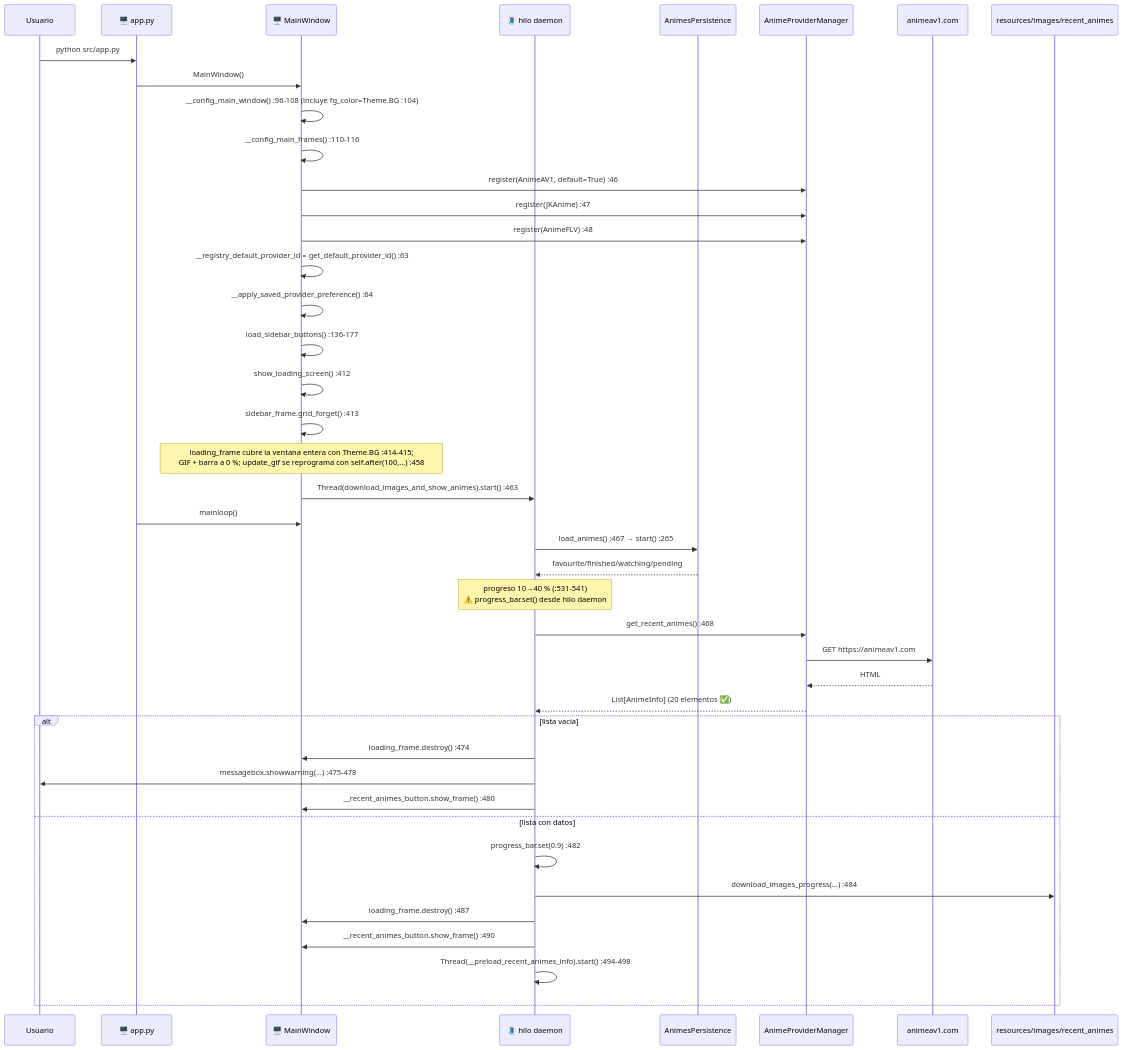
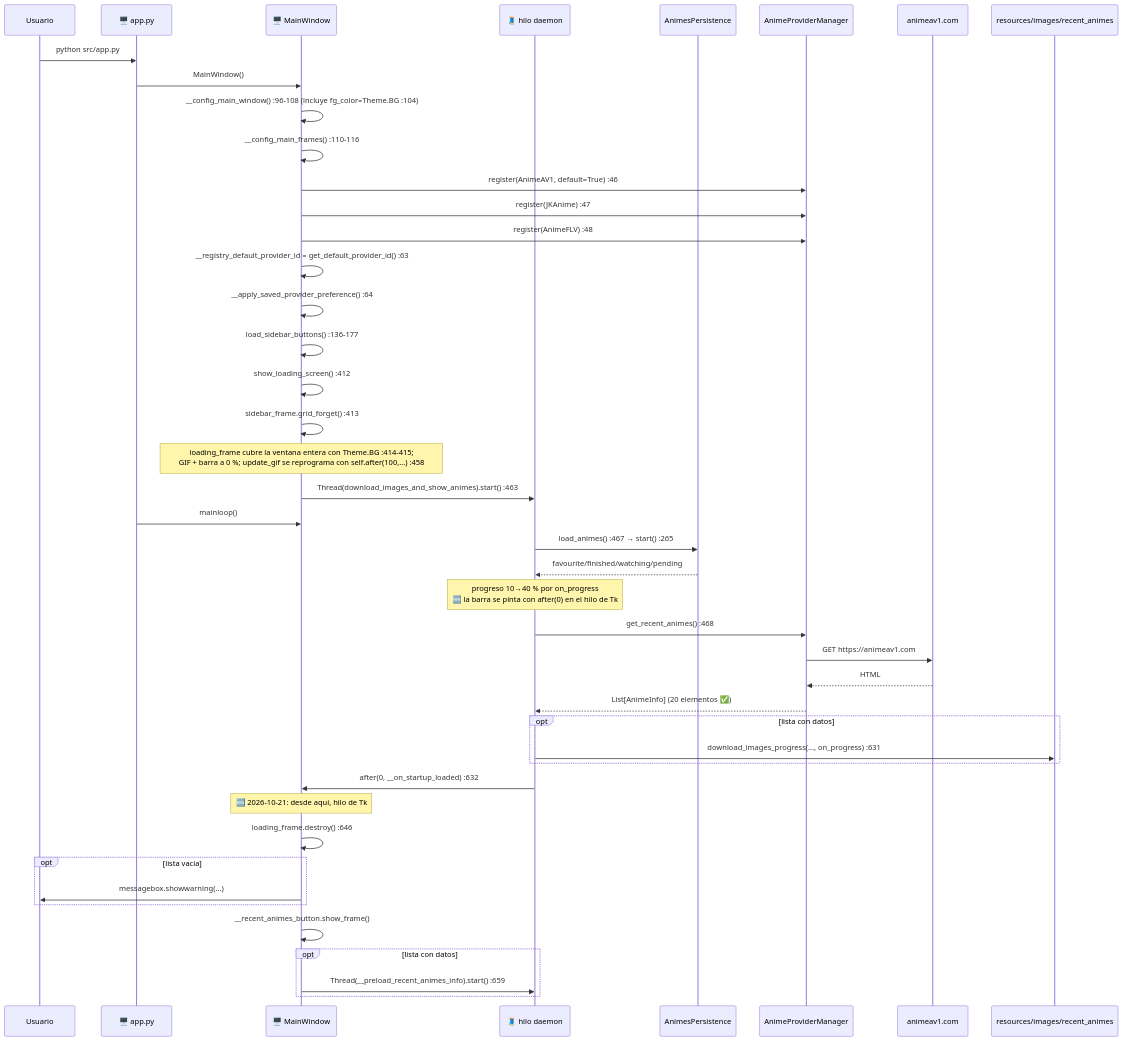
Before and after one commit to DavidEscri/BibliotecaAnime: the first of 16 diagrams in .claude/docs/03-flujos-de-ejecucion.md, drawn with Mermaid. The commit also changed other lines of this file and 11 other files, not shown here.

````diff
--- a/.claude/docs/03-flujos-de-ejecucion.md
+++ b/.claude/docs/03-flujos-de-ejecucion.md
@@ -24,47 +24,49 @@
 ```mermaid
 sequenceDiagram
     participant U as Usuario
     participant APP as 🖥️ app.py
     participant MW as 🖥️ MainWindow
     participant T as 🧵 hilo daemon
     participant P as AnimesPersistence
     participant MGR as AnimeProviderManager
     participant NET as animeav1.com
     participant FS as resources/images/recent_animes
 
     U->>APP: python src/app.py
     APP->>MW: MainWindow()
     MW->>MW: __config_main_window() :96-108 (incluye fg_color=Theme.BG :104)
     MW->>MW: __config_main_frames() :110-116
     MW->>MGR: register(AnimeAV1, default=True) :46
     MW->>MGR: register(JKAnime) :47
     MW->>MGR: register(AnimeFLV) :48
     MW->>MW: __registry_default_provider_id = get_default_provider_id() :63
     MW->>MW: __apply_saved_provider_preference() :64
     MW->>MW: load_sidebar_buttons() :136-177
     MW->>MW: show_loading_screen() :412
     MW->>MW: sidebar_frame.grid_forget() :413
     Note over MW: loading_frame cubre la ventana entera con Theme.BG :414-415#59;<br/>GIF + barra a 0 %#59; update_gif se reprograma con self.after(100,...) :458
     MW->>T: Thread(download_images_and_show_animes).start() :463
     APP->>MW: mainloop()
 
     T->>P: load_animes() :467 → start() :265
     P-->>T: favourite/finished/watching/pending
-    Note over T: progreso 10→40 % (:531-541)<br/>⚠️ progress_bar.set() desde hilo daemon
+    Note over T: progreso 10→40 % por on_progress<br/>🆕 la barra se pinta con after(0) en el hilo de Tk
     T->>MGR: get_recent_animes() :468
     MGR->>NET: GET https://animeav1.com
     NET-->>MGR: HTML
     MGR-->>T: List[AnimeInfo] (20 elementos ✅)
 
-    alt lista vacía
-        T->>MW: loading_frame.destroy() :474
-        T->>U: messagebox.showwarning(...) :475-478
-        T->>MW: __recent_animes_button.show_frame() :480
-    else lista con datos
-        T->>T: progress_bar.set(0.9) :482
-        T->>FS: download_images_progress(...) :484
-        T->>MW: loading_frame.destroy() :487
-        T->>MW: __recent_animes_button.show_frame() :490
-        T->>T: Thread(__preload_recent_animes_info).start() :494-498
+    opt lista con datos
+        T->>FS: download_images_progress(..., on_progress) :631
+    end
+    T->>MW: after(0, __on_startup_loaded) :632
+    Note over MW: 🆕 2026-10-21: desde aquí, hilo de Tk
+    MW->>MW: loading_frame.destroy() :646
+    opt lista vacía
+        MW->>U: messagebox.showwarning(...)
+    end
+    MW->>MW: __recent_animes_button.show_frame()
+    opt lista con datos
+        MW->>T: Thread(__preload_recent_animes_info).start() :659
     end
 ```
````
